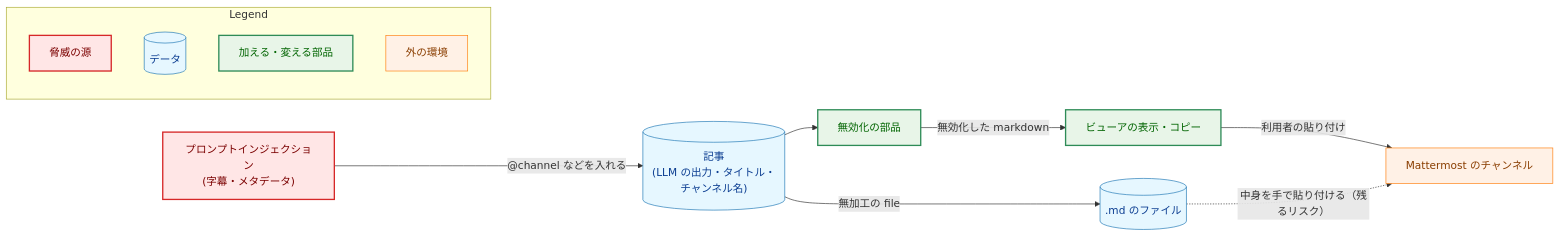
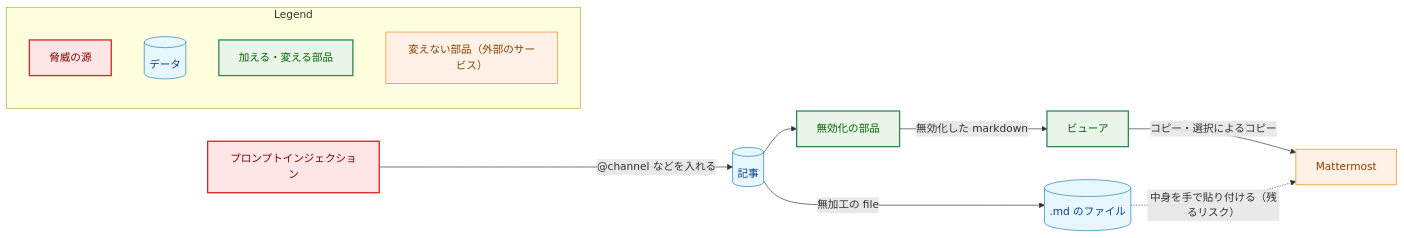
One commit to isseis/yt2column changed the fourth of 6 diagrams in docs/tasks/0083_remove_slack_webhook/02_architecture.md. Above: the diagram before and after it, drawn with Mermaid. The commit also changed other lines of this file and 3 other files, not shown here.

First line of the commit message:
docs(0083): revise the architecture after the engineering and prose reviews

````diff
--- a/docs/tasks/0083_remove_slack_webhook/02_architecture.md
+++ b/docs/tasks/0083_remove_slack_webhook/02_architecture.md
@@ -401,34 +436,34 @@
 ```mermaid
 flowchart LR
     classDef data fill:#e6f7ff,stroke:#1f77b4,stroke-width:1px,color:#0b3d91;
     classDef process fill:#fff1e6,stroke:#ff7f0e,stroke-width:1px,color:#8a3e00;
     classDef enhanced fill:#e8f5e8,stroke:#2e8b57,stroke-width:2px,color:#006400;
     classDef problem fill:#ffe6e6,stroke:#d62728,stroke-width:2px,color:#7b0000;
 
-    INJ["プロンプトインジェクション<br>(字幕・メタデータ)"]
-    ART[("記事<br>(LLM の出力・タイトル・チャンネル名)")]
+    INJ["プロンプトインジェクション"]
+    ART[("記事")]
     NEUT["無効化の部品"]
-    VIEW["ビューアの表示・コピー"]
-    MM["Mattermost のチャンネル"]
+    VIEW["ビューア"]
+    MM["Mattermost"]
     SAVED[(".md のファイル")]
 
     INJ -->|"@channel などを入れる"| ART
-    ART --> NEUT -->|"無効化した markdown"| VIEW -->|"利用者の貼り付け"| MM
+    ART --> NEUT -->|"無効化した markdown"| VIEW -->|"コピー・選択によるコピー"| MM
     ART -->|"無加工の file"| SAVED -.->|"中身を手で貼り付ける（残るリスク）"| MM
 
     class INJ problem
     class ART,SAVED data
     class NEUT,VIEW enhanced
     class MM process
 
     subgraph Legend["Legend"]
         L1["脅威の源"]
         L2[("データ")]
         L3["加える・変える部品"]
-        L4["外の環境"]
+        L4["変えない部品（外部のサービス）"]
     end
     class L1 problem
     class L2 data
     class L3 enhanced
     class L4 process
 ```
````
